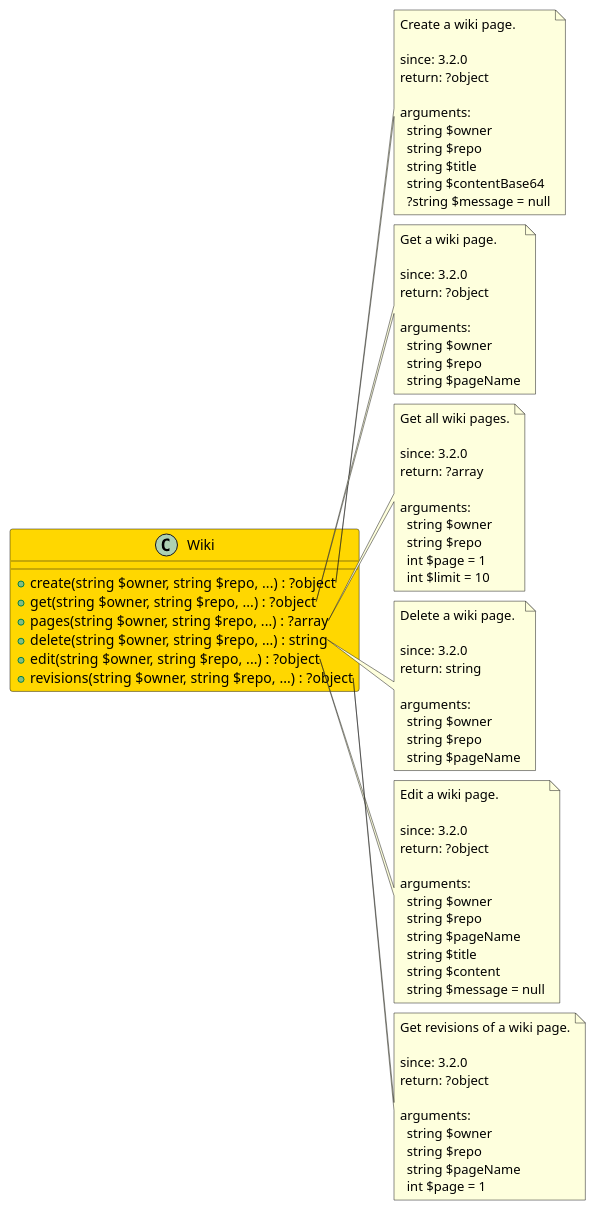
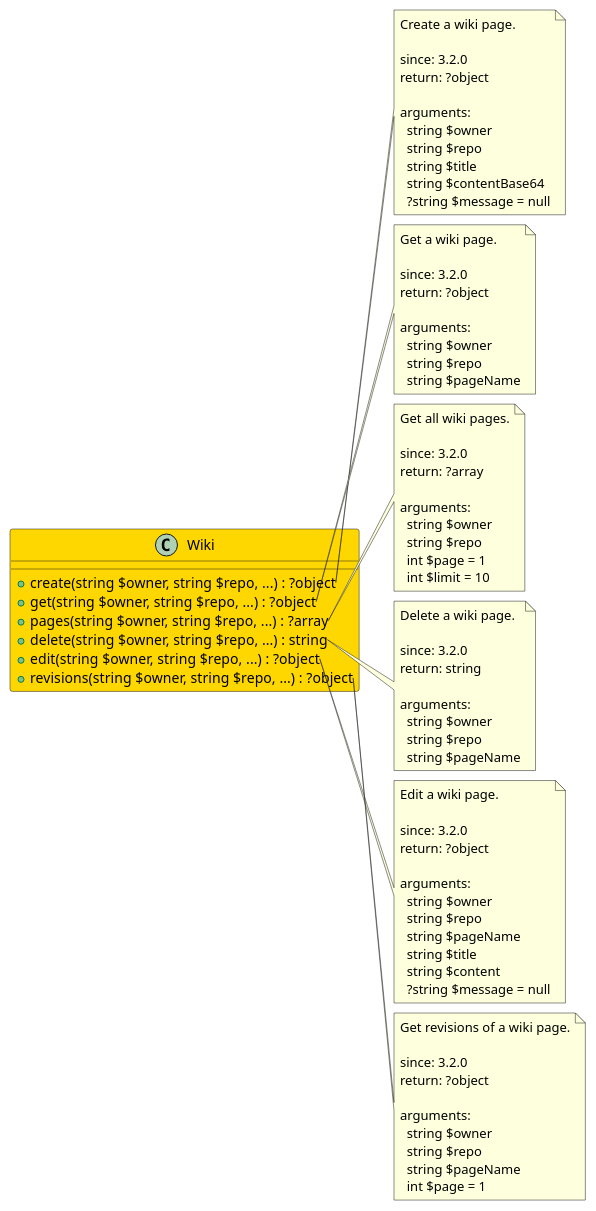
The diagram in src/572b9567-1893-400b-bd34-f1a45ef7e503/README.md (joomengine/gitea), drawn with PlantUML before and after one commit. The commit also changed 28 other files, not shown here.

```diff
--- a/src/572b9567-1893-400b-bd34-f1a45ef7e503/README.md
+++ b/src/572b9567-1893-400b-bd34-f1a45ef7e503/README.md
@@ -78,7 +78,7 @@
     string $pageName
     string $title
     string $content
-    string $message = null
+    ?string $message = null
 end note
 
 note right of Wiki::revisions
```
